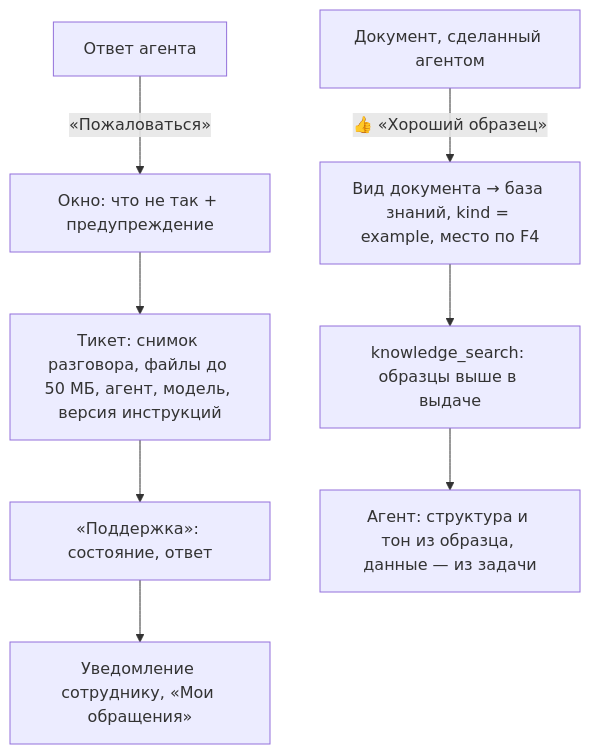
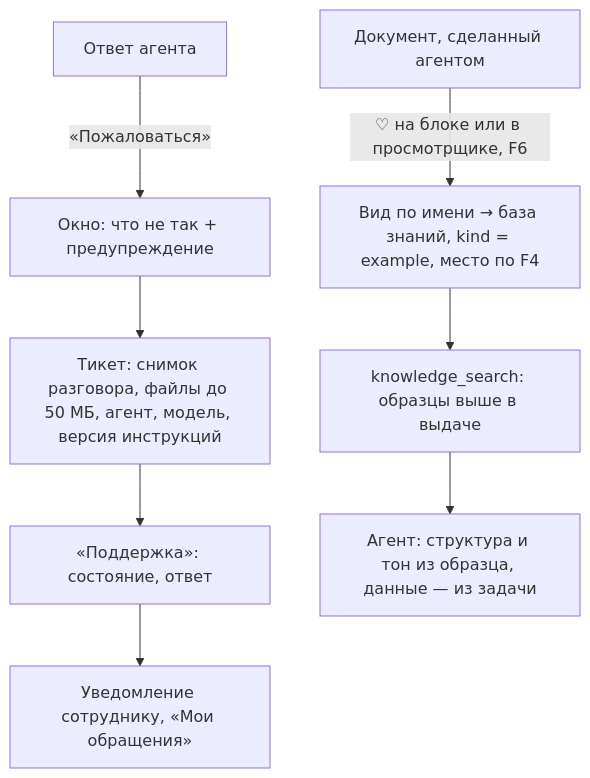
Before and after one commit to nyxandro/basic-business-agent: the first of 2 diagrams in docs/specs/[20.11.2026]-feedback-and-value.md, drawn with Mermaid. The commit also changed other lines of this file and 35 other files, not shown here.

First line of the commit message:
#36: сердечко образцов вместо «Хороший образец» — на блоке документа и в просмотрщике, выключатель в «Интерфейсе»

````diff
--- a/docs/specs/[20.11.2026]-feedback-and-value.md
+++ b/docs/specs/[20.11.2026]-feedback-and-value.md
@@ -198,10 +198,10 @@
 ```mermaid
 flowchart TD
   A[Ответ агента] -->|«Пожаловаться»| B[Окно: что не так + предупреждение]
   B --> C[Тикет: снимок разговора, файлы до 50 МБ, агент, модель, версия инструкций]
   C --> D[«Поддержка»: состояние, ответ]
   D --> E[Уведомление сотруднику, «Мои обращения»]
-  F[Документ, сделанный агентом] -->|👍 «Хороший образец»| G[Вид документа → база знаний, kind = example, место по F4]
+  F[Документ, сделанный агентом] -->|♡ на блоке или в просмотрщике, F6| G[Вид по имени → база знаний, kind = example, место по F4]
   G --> H[knowledge_search: образцы выше в выдаче]
   H --> I[Агент: структура и тон из образца, данные — из задачи]
 ```
````
